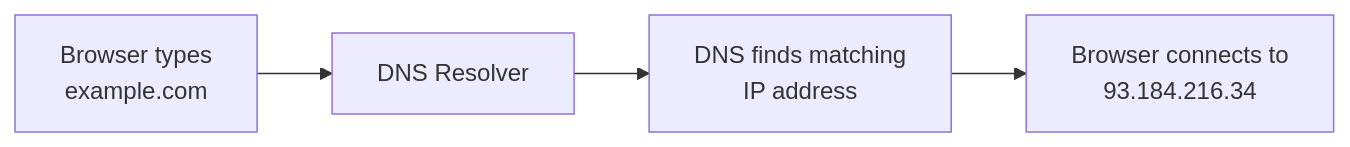
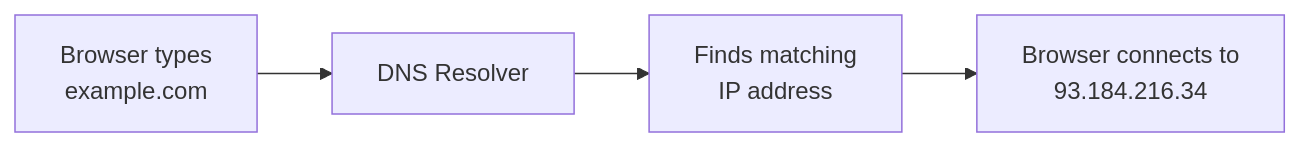
One commit to mua22/mern-web-book changed the second of 4 diagrams in docs/web-technologies/lecture-01-introduction-to-web-development.md. Above: the diagram before and after it, drawn with Mermaid. The commit also changed other lines of this file, not shown here.

First line of the commit message:
Simplify Lecture 1's DNS section

````diff
--- a/docs/web-technologies/lecture-01-introduction-to-web-development.md
+++ b/docs/web-technologies/lecture-01-introduction-to-web-development.md
@@ -197,6 +197,6 @@
 ```mermaid
 flowchart LR
     A[Browser types<br/>example.com] --> B[DNS Resolver]
-    B --> C[DNS finds matching<br/>IP address]
+    B --> C[Finds matching<br/>IP address]
     C --> D[Browser connects to<br/>93.184.216.34]
 ```
````
